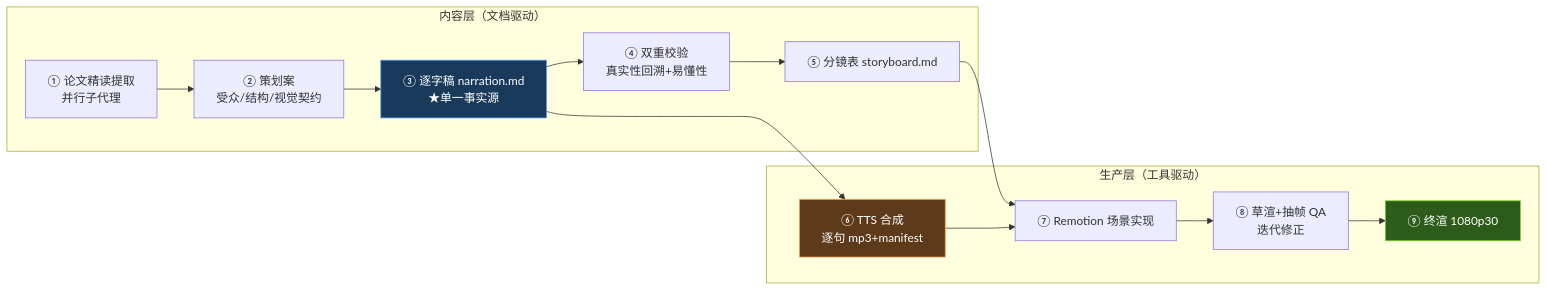
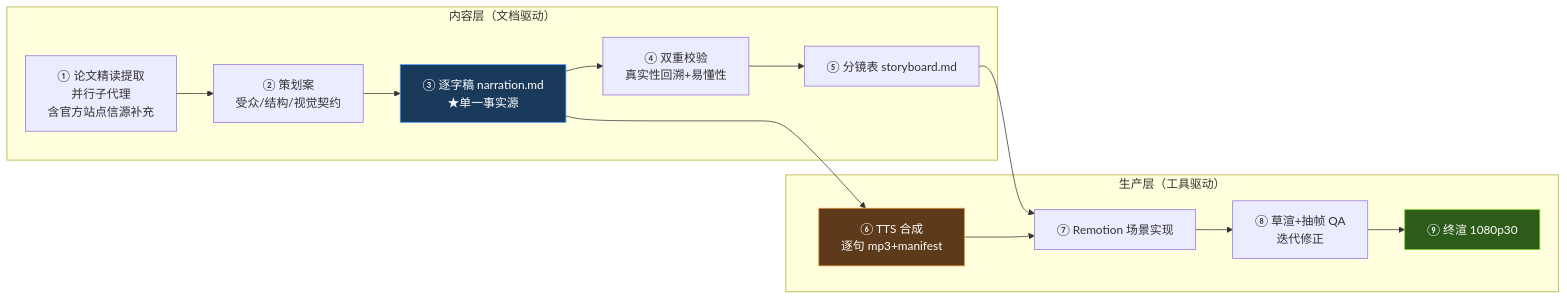
The diagram in media/pipeline/README.md (ThreeFish-AI/negentropy), drawn with Mermaid before and after one commit. The commit also changed other lines of this file and 4 other files, not shown here.

````diff
--- a/media/pipeline/README.md
+++ b/media/pipeline/README.md
@@ -8,19 +8,19 @@
 ```mermaid
 flowchart LR
     subgraph S["内容层（文档驱动）"]
-        A[① 论文精读提取<br/>并行子代理] --> B[② 策划案<br/>受众/结构/视觉契约]
+        A[① 论文精读提取<br/>并行子代理<br/>含官方站点信源补充] --> B[② 策划案<br/>受众/结构/视觉契约]
         B --> C[③ 逐字稿 narration.md<br/>★单一事实源]
         C --> D[④ 双重校验<br/>真实性回溯+易懂性]
         D --> E[⑤ 分镜表 storyboard.md]
     end
     subgraph P["生产层（工具驱动）"]
         C --> F[⑥ TTS 合成<br/>逐句 mp3+manifest]
         E --> G[⑦ Remotion 场景实现]
         F --> G
         G --> H[⑧ 草渲+抽帧 QA<br/>迭代修正]
         H --> I[⑨ 终渲 1080p30]
     end
     style C fill:#1a3a5c,stroke:#4A9EFF,color:#fff
     style F fill:#5c3a1a,stroke:#FF9F45,color:#fff
     style I fill:#2d5c1a,stroke:#7ED321,color:#fff
 ```
````
